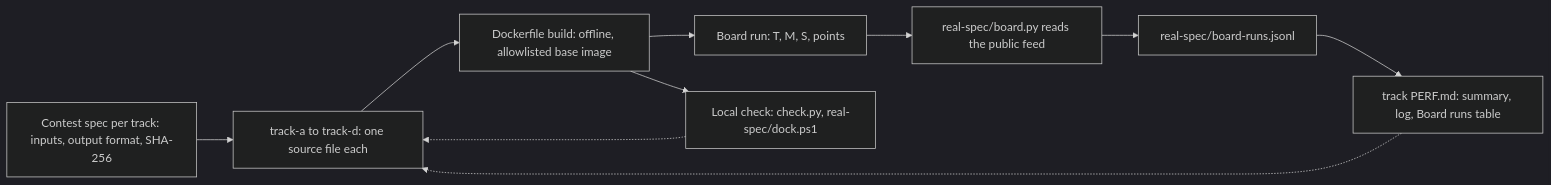
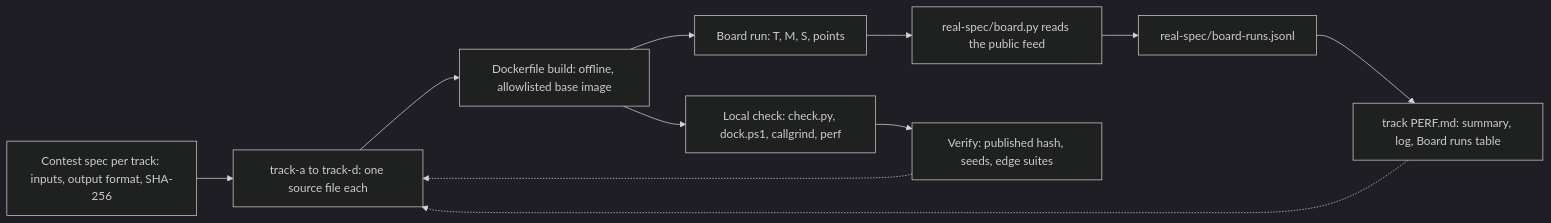
The third of 4 diagrams in README.md (codesujeet/SpeedDemon), drawn with Mermaid (dark theme) before and after one commit. The commit also changed other lines of this file, not shown here.

First line of the commit message:
Docs: root README with the 72-hour story, progress chart, failures, verification and reproduction guide

````diff
--- a/README.md
+++ b/README.md
@@ -53,12 +100,13 @@
 ```mermaid
 flowchart LR
     S["Contest spec per track: inputs, output format, SHA-256"] --> T["track-a to track-d: one source file each"]
     T --> D["Dockerfile build: offline, allowlisted base image"]
     D --> R["Board run: T, M, S, points"]
     R --> F["real-spec/board.py reads the public feed"]
     F --> J["real-spec/board-runs.jsonl"]
     J --> P["track PERF.md: summary, log, Board runs table"]
-    D --> L["Local check: check.py, real-spec/dock.ps1"]
-    L -.-> T
+    D --> L["Local check: check.py, dock.ps1, callgrind, perf"]
+    L --> E["Verify: published hash, seeds, edge suites"]
+    E -.-> T
     P -.-> T
 ```
````
